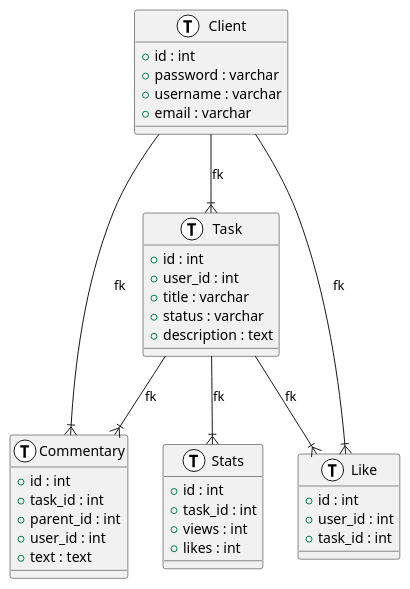
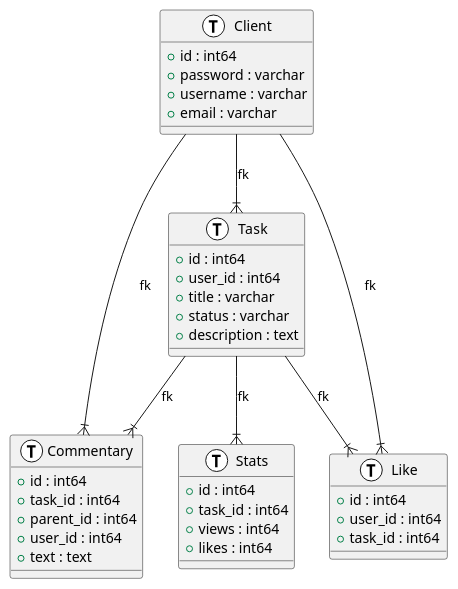
Before and after one commit to pashandor789/soya: the diagram in docs/er.puml, drawn with PlantUML. The commit also changed 1 other file, not shown here.

```diff
--- a/docs/er.puml
+++ b/docs/er.puml
@@ -1,46 +1,46 @@
 @startuml er diagram
 
 class task as "Task" << (T,white) >> {
-    +id : int
-    +user_id : int
+    +id : int64
+    +user_id : int64
     +title : varchar
     +status : varchar
     +description : text
 }
 
 class like as "Like" << (T,white) >> {
-    +id : int
-    +user_id : int
-    +task_id : int
+    +id : int64
+    +user_id : int64
+    +task_id : int64
 }
 
 class commentary as "Commentary" << (T,white) >> {
-    +id : int
-    +task_id : int
-    +parent_id : int
-    +user_id : int
+    +id : int64
+    +task_id : int64
+    +parent_id : int64
+    +user_id : int64
     +text : text
 }
 
 class client as "Client" << (T,white) >> {
-    +id : int
+    +id : int64
     +password : varchar
     +username : varchar
     +email : varchar
 }
 
 class stats as "Stats" << (T,white) >> {
-    +id : int
-    +task_id : int
-    +views : int
-    +likes : int
+    +id : int64
+    +task_id : int64
+    +views : int64
+    +likes : int64
 }
 
 client --|{ task : "fk"
 task --|{ stats : "fk"
 client --|{ commentary : "fk"
 task --|{ like : "fk"
 client --|{ like : "fk"
 task --|{ commentary : "fk"
 
 @enduml
```
